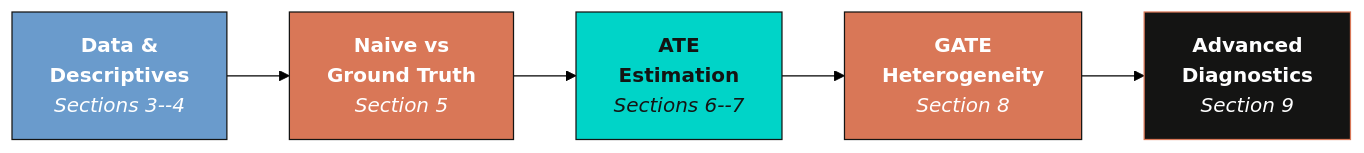
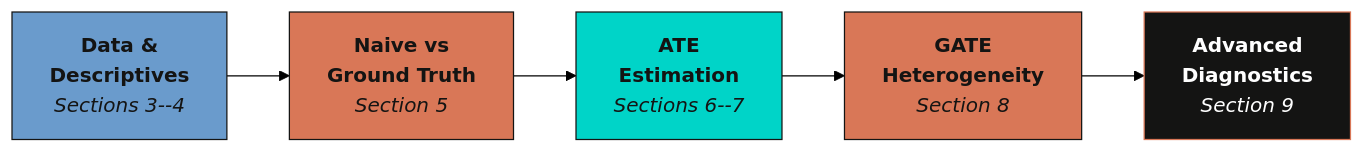
The first of 3 diagrams in content/post/stata_cate2/index.md (cmg777/starter-academic-v501), drawn with Mermaid (forest theme) before and after one commit. The commit also changed other lines of this file and 67 other files, not shown here.

First line of the commit message:
fix(mermaid): readable diagram text in both themes across the site

````diff
--- a/content/post/stata_cate2/index.md
+++ b/content/post/stata_cate2/index.md
@@ -102,16 +102,16 @@
 ```mermaid
 flowchart LR
     A["<b>Data &<br/>Descriptives</b><br/><i>Sections 3--4</i>"]:::data
     B["<b>Naive vs<br/>Ground Truth</b><br/><i>Section 5</i>"]:::naive
     C["<b>ATE<br/>Estimation</b><br/><i>Sections 6--7</i>"]:::ate
     D["<b>GATE<br/>Heterogeneity</b><br/><i>Section 8</i>"]:::gate
     E["<b>Advanced<br/>Diagnostics</b><br/><i>Section 9</i>"]:::diag
 
     A --> B --> C --> D --> E
 
-    classDef data fill:#6a9bcc,stroke:#141413,color:#fff
-    classDef naive fill:#d97757,stroke:#141413,color:#fff
+    classDef data fill:#6a9bcc,stroke:#141413,color:#141413
+    classDef naive fill:#d97757,stroke:#141413,color:#141413
     classDef ate fill:#00d4c8,stroke:#141413,color:#141413
-    classDef gate fill:#d97757,stroke:#141413,color:#fff
+    classDef gate fill:#d97757,stroke:#141413,color:#141413
     classDef diag fill:#141413,stroke:#d97757,color:#fff
 ```
````
